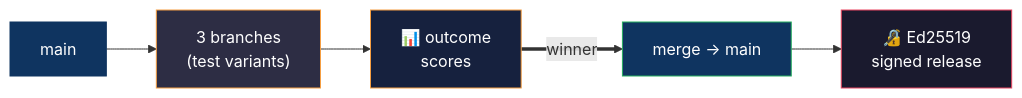
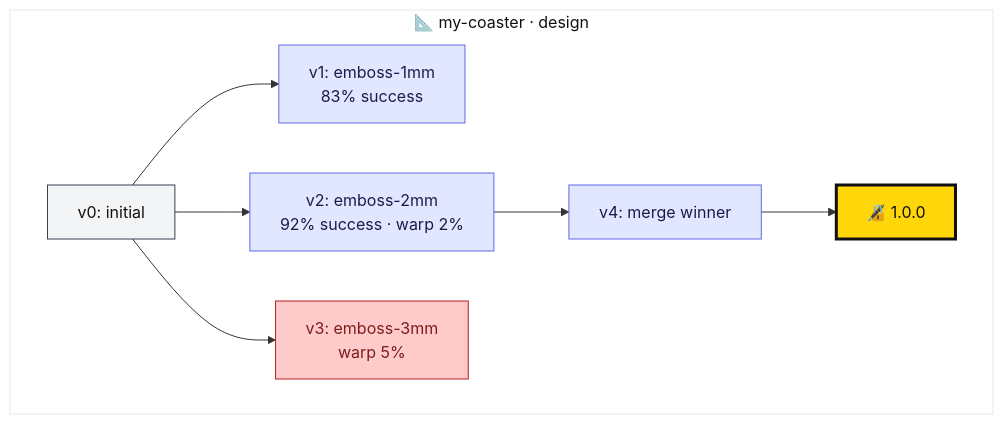
The second of 2 diagrams in README.md (codeofaxel/Kiln), drawn with Mermaid before and after one commit. The commit also changed other lines of this file, not shown here.

Commit message:
README: redraw Git-for-3D diagram to match what visualize_branch_tree actually emits
The previous diagram was an LR flowchart with custom dark-navy theming
that didn't match the tool's actual output — aspirational, not faithful.
The renderer at kiln_pro/design_versions/branch_viz.py emits flowchart
TD inside a subgraph with a classDef palette the judges signed off on
4-0 over gitGraph: yellow for released, light blue for experiment,
light red for failed, gray for root.

Now the README diagram is a real screenshot of what users see when they
run visualize_branch_tree("my-coaster") on a real branch tree. Same
renderer, same colors, same shape. Anyone reading the README and then
trying the tool will see the same visual language — discovery wins,
trust is earned, no marketing puffery.

Caption above the block explicitly names the tool call so readers can
reproduce the exact output.

````diff
--- a/README.md
+++ b/README.md
@@ -120,12 +122,27 @@
 ```mermaid
-flowchart LR
-    M["main"] --> B["3 branches<br/>(test variants)"]
-    B --> O["📊 outcome<br/>scores"]
-    O ==>|winner| MG["merge → main"]
-    MG --> R["🔏 Ed25519<br/>signed release"]
-    style M fill:#0f3460,stroke:#0f3460,color:#fff
-    style B fill:#2d2d44,stroke:#f59e42,color:#fff
-    style O fill:#16213e,stroke:#f59e42,color:#fff
-    style MG fill:#0f3460,stroke:#27ae60,color:#fff
-    style R fill:#1a1a2e,stroke:#e94560,color:#fff
+flowchart TD
+    subgraph tree_coaster["📐 my-coaster · design"]
+        v0[v0: initial]
+        v1[v1: emboss-1mm<br/>83% success]
+        v2[v2: emboss-2mm<br/>92% success · warp 2%]
+        v3[v3: emboss-3mm<br/>warp 5%]
+        v4[v4: merge winner]
+        rel[🔏 1.0.0]
+        v0 --> v1
+        v0 --> v2
+        v0 --> v3
+        v2 --> v4
+        v4 --> rel
+    end
+    classDef root fill:#f3f4f6,stroke:#374151,color:#111
+    classDef released fill:#ffd60a,stroke:#111,stroke-width:3px,color:#111
+    classDef experiment fill:#e0e7ff,stroke:#6366f1,color:#1e1b4b
+    classDef failed fill:#fecaca,stroke:#b91c1c,color:#7f1d1d
+    class v0 root
+    class v1 experiment
+    class v2 experiment
+    class v3 failed
+    class v4 experiment
+    class rel released
+    style tree_coaster fill:#ffffff,stroke:#e5e7eb,stroke-width:1px
 ```
````
